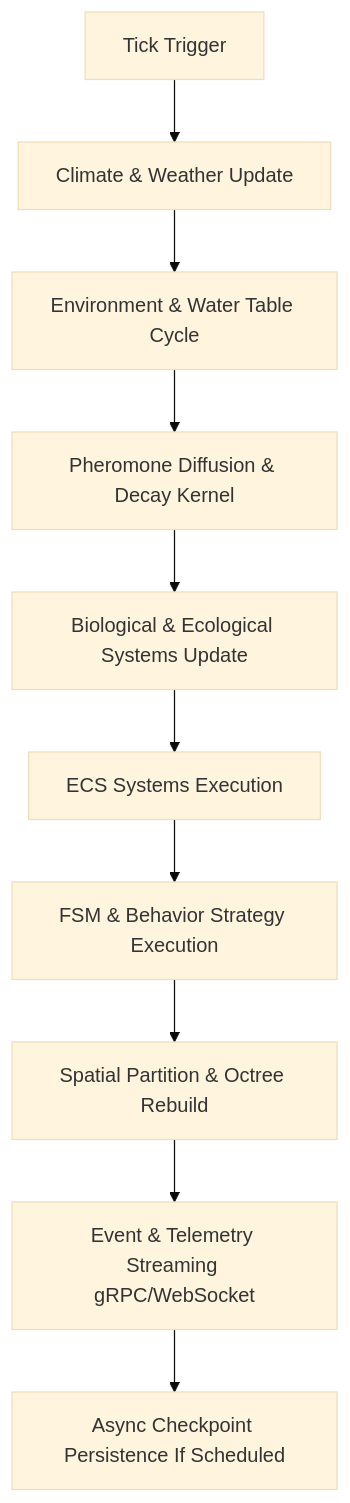
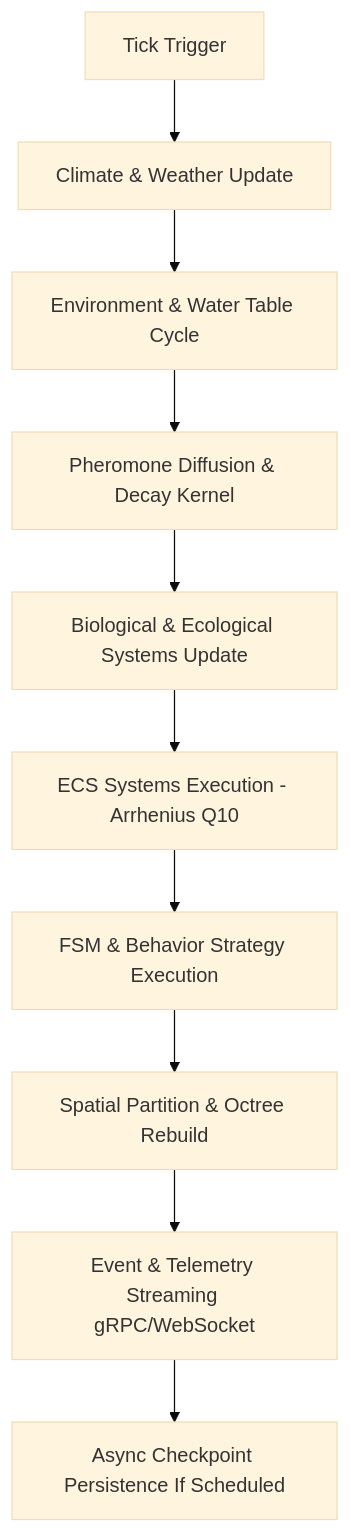
One commit to silveremartin-dev/SwarmForge changed the diagram in docs/ARCHITECTURE.md. Above: the diagram before and after it, drawn with Mermaid (base theme). The commit also changed other lines of this file and 69 other files, not shown here.

````diff
--- a/docs/ARCHITECTURE.md
+++ b/docs/ARCHITECTURE.md
@@ -120,12 +122,12 @@
 ```mermaid
 graph TD
     A[Tick Trigger] --> B[Climate & Weather Update]
     B --> C[Environment & Water Table Cycle]
     C --> D[Pheromone Diffusion & Decay Kernel]
     D --> E[Biological & Ecological Systems Update]
-    E --> F[ECS Systems Execution]
+    E --> F[ECS Systems Execution - Arrhenius Q10]
     F --> G[FSM & Behavior Strategy Execution]
     G --> H[Spatial Partition & Octree Rebuild]
     H --> I[Event & Telemetry Streaming gRPC/WebSocket]
     I --> J[Async Checkpoint Persistence If Scheduled]
 ```
````
